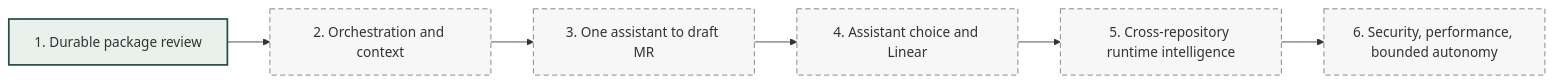
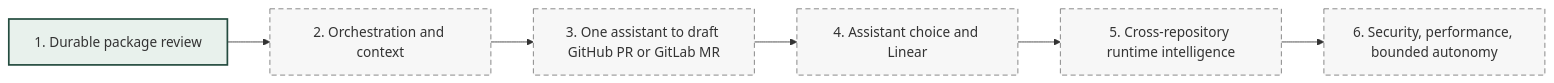
One commit to phenixrizen/conductor changed the fourth of 4 diagrams in docs/architecture/system.md. Above: the diagram before and after it, drawn with Mermaid. The commit also changed other lines of this file and 9 other files, not shown here.

Commit message:
docs: require GitHub and GitLab managed repository support

````diff
--- a/docs/architecture/system.md
+++ b/docs/architecture/system.md
@@ -139,13 +147,13 @@
 ```mermaid
 flowchart LR
     M1[1. Durable package review] --> M2[2. Orchestration and context]
-    M2 --> M3[3. One assistant to draft MR]
+    M2 --> M3[3. One assistant to draft GitHub PR or GitLab MR]
     M3 --> M4[4. Assistant choice and Linear]
     M4 --> M5[5. Cross-repository runtime intelligence]
     M5 --> M6[6. Security, performance, bounded autonomy]
 
     classDef active fill:#e8f1ec,stroke:#244c3f,stroke-width:2px;
     classDef planned fill:#f7f7f7,stroke:#777,stroke-dasharray:6 4;
     class M1 active;
     class M2,M3,M4,M5,M6 planned;
 ```
````
